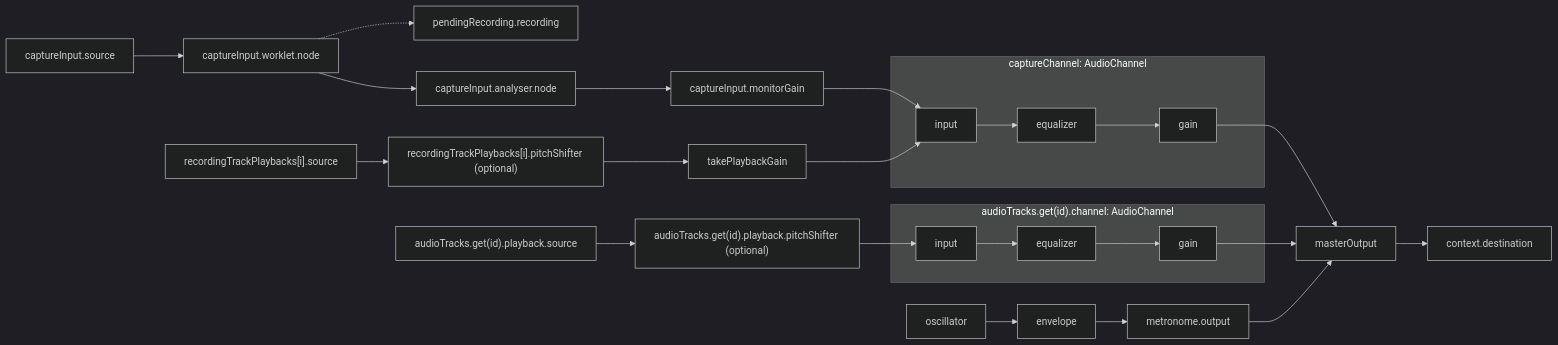
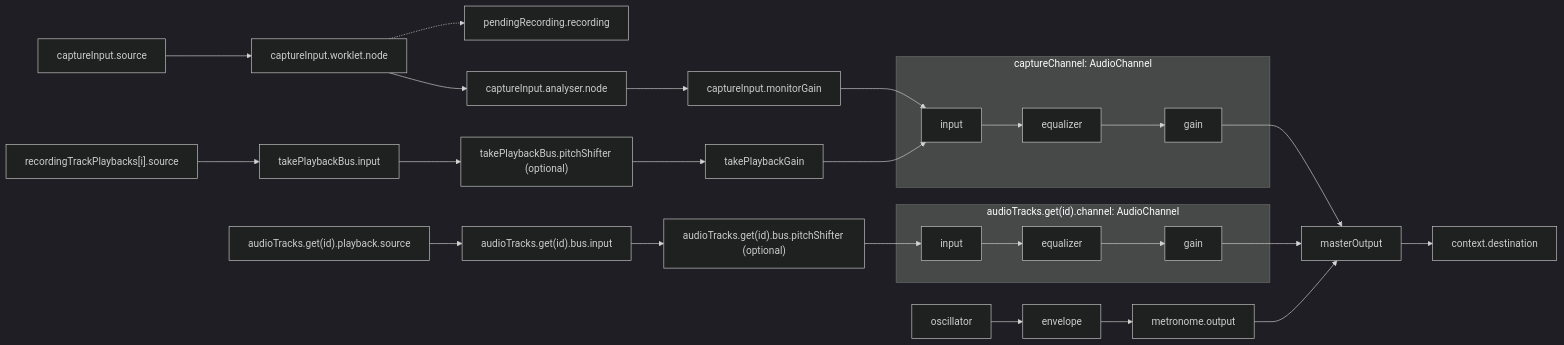
The diagram in src/lib/recorder/README.md (hi-ogawa/toy-midi), drawn with Mermaid (dark theme) before and after one commit. The commit also changed other lines of this file and 4 other files, not shown here.

Commit message:
refactor: share pitch correction across take playback regions

````diff
--- a/src/lib/recorder/README.md
+++ b/src/lib/recorder/README.md
@@ -5,30 +5,32 @@
 ```mermaid
 flowchart LR
     captureSource["captureInput.source"] --> captureWorklet["captureInput.worklet.node"]
     captureWorklet -.-> recording["pendingRecording.recording"]
     captureWorklet --> analyser["captureInput.analyser.node"]
     analyser --> monitorGain["captureInput.monitorGain"]
     monitorGain --> captureInput
-    takeSource["recordingTrackPlaybacks[i].source"] --> takePitchShifter["recordingTrackPlaybacks[i].pitchShifter (optional)"]
+    takeSource["recordingTrackPlaybacks[i].source"] --> takeBusInput["takePlaybackBus.input"]
+    takeBusInput --> takePitchShifter["takePlaybackBus.pitchShifter (optional)"]
     takePitchShifter --> takePlaybackGain["takePlaybackGain"]
     takePlaybackGain --> captureInput
 
     subgraph captureChannel["captureChannel: AudioChannel"]
         captureInput["input"] --> captureEqualizer["equalizer"]
         captureEqualizer --> captureGain["gain"]
     end
 
-    audioSource["audioTracks.get(id).playback.source"] --> audioPitchShifter["audioTracks.get(id).playback.pitchShifter (optional)"]
+    audioSource["audioTracks.get(id).playback.source"] --> audioBusInput["audioTracks.get(id).bus.input"]
+    audioBusInput --> audioPitchShifter["audioTracks.get(id).bus.pitchShifter (optional)"]
     audioPitchShifter --> trackInput
     subgraph audioChannel["audioTracks.get(id).channel: AudioChannel"]
         trackInput["input"] --> trackEqualizer["equalizer"]
         trackEqualizer --> trackGain["gain"]
     end
 
     captureGain --> masterOutput["masterOutput"]
     trackGain --> masterOutput
     oscillator["oscillator"] --> envelope["envelope"]
     envelope --> metronomeOutput["metronome.output"]
     metronomeOutput --> masterOutput
     masterOutput --> destination["context.destination"]
 ```
````
